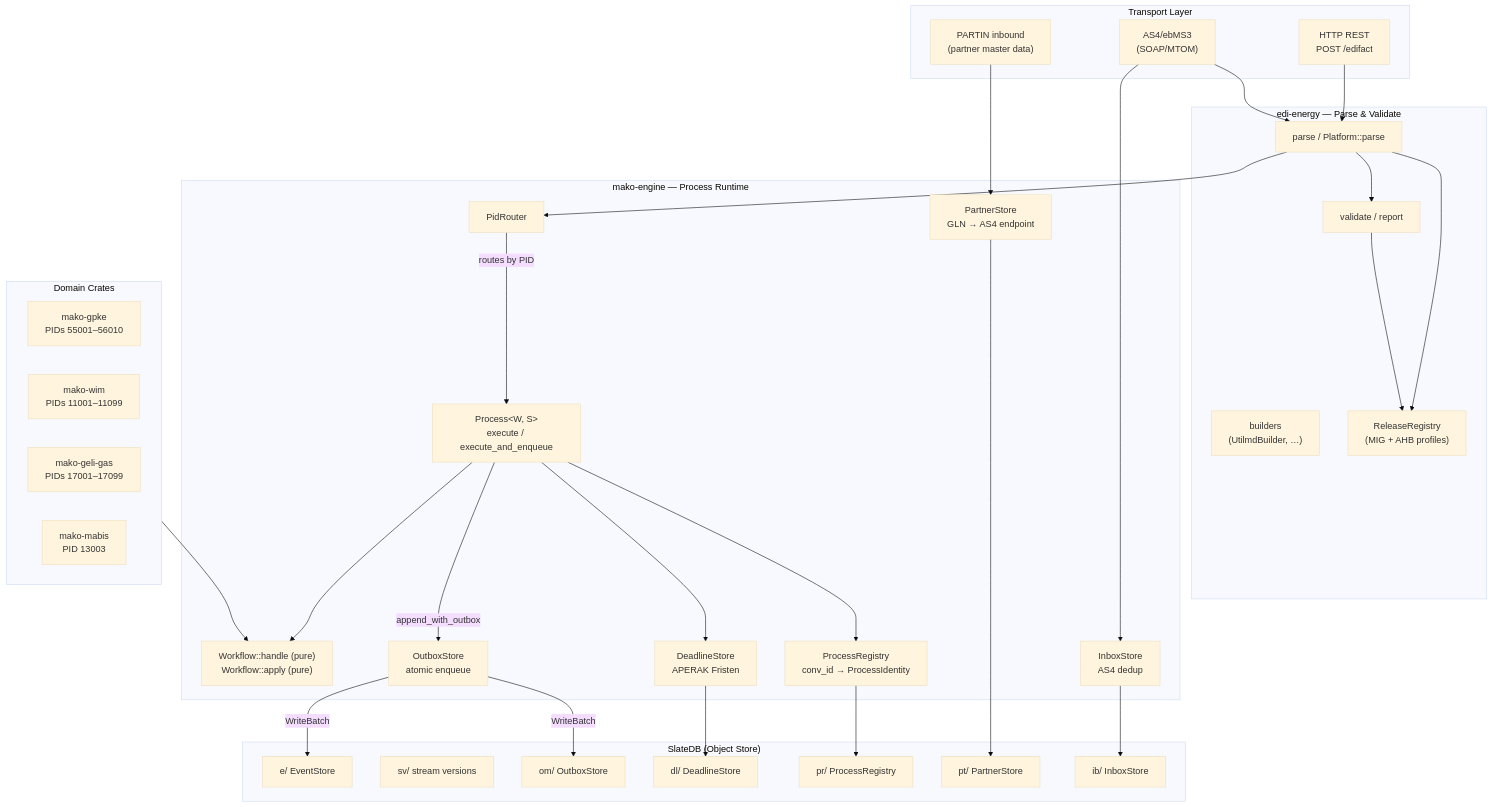
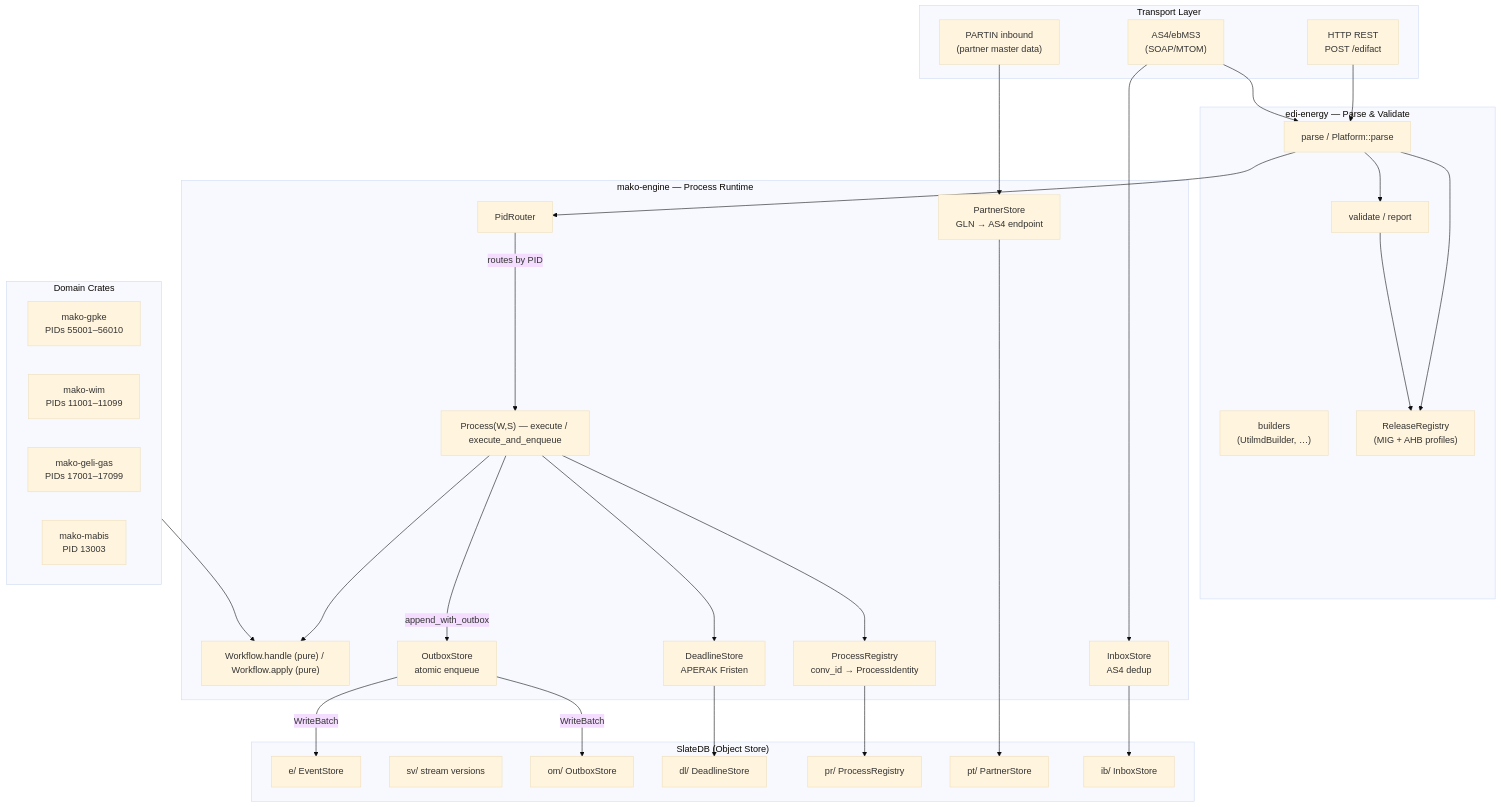
One commit to hupe1980/mako changed the first of 3 diagrams in docs/getting-started.md. Above: the diagram before and after it, drawn with Mermaid (base theme). The commit also changed other lines of this file and 1 other file, not shown here.

Commit message:
fix: update code repository link and improve diagram labels in documentation

````diff
--- a/docs/getting-started.md
+++ b/docs/getting-started.md
@@ -28,65 +28,65 @@
 ```mermaid
 graph TB
     subgraph Transport["Transport Layer"]
         AS4["AS4/ebMS3<br/>(SOAP/MTOM)"]
         REST["HTTP REST<br/>POST /edifact"]
         PARTIN["PARTIN inbound<br/>(partner master data)"]
     end
 
     subgraph EDI["edi-energy — Parse & Validate"]
         PARSE["parse / Platform::parse"]
         VALIDATE["validate / report"]
         BUILD["builders<br/>(UtilmdBuilder, …)"]
         REGISTRY["ReleaseRegistry<br/>(MIG + AHB profiles)"]
         PARSE --> VALIDATE
         PARSE --> REGISTRY
         VALIDATE --> REGISTRY
     end
 
     subgraph Engine["mako-engine — Process Runtime"]
         ROUTER["PidRouter"]
-        PROCESS["Process&lt;W, S&gt;<br/>execute / execute_and_enqueue"]
-        WORKFLOW["Workflow::handle (pure)<br/>Workflow::apply (pure)"]
+        PROCESS["Process(W,S) — execute / execute_and_enqueue"]
+        WORKFLOW["Workflow.handle (pure) / Workflow.apply (pure)"]
         DEADLINE["DeadlineStore<br/>APERAK Fristen"]
         OUTBOX["OutboxStore<br/>atomic enqueue"]
         INBOX["InboxStore<br/>AS4 dedup"]
         PARTNERS["PartnerStore<br/>GLN → AS4 endpoint"]
         REGISTRY2["ProcessRegistry<br/>conv_id → ProcessIdentity"]
 
         ROUTER -->|"routes by PID"| PROCESS
         PROCESS --> WORKFLOW
         PROCESS -->|"append_with_outbox"| OUTBOX
         PROCESS --> DEADLINE
         PROCESS --> REGISTRY2
     end
 
     subgraph Domain["Domain Crates"]
         GPKE["mako-gpke<br/>PIDs 55001–56010"]
         WIM["mako-wim<br/>PIDs 11001–11099"]
         GAS["mako-geli-gas<br/>PIDs 17001–17099"]
         MABIS["mako-mabis<br/>PID 13003"]
     end
 
     subgraph Store["SlateDB (Object Store)"]
         EVENTS["e/ EventStore"]
         SV["sv/ stream versions"]
         OUTBOX2["om/ OutboxStore"]
         DEADLINES["dl/ DeadlineStore"]
         PROC["pr/ ProcessRegistry"]
         PT["pt/ PartnerStore"]
         IB["ib/ InboxStore"]
     end
 
     AS4 --> INBOX
     REST --> PARSE
     AS4 --> PARSE
     PARTIN --> PARTNERS
     PARSE --> ROUTER
     Domain --> WORKFLOW
     OUTBOX -->|"WriteBatch"| EVENTS
     OUTBOX -->|"WriteBatch"| OUTBOX2
     DEADLINE --> DEADLINES
     REGISTRY2 --> PROC
     PARTNERS --> PT
     INBOX --> IB
 ```
````
